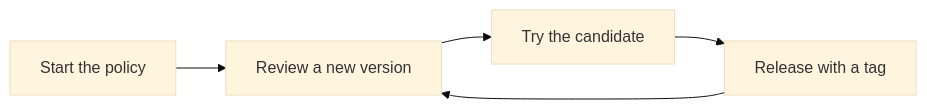
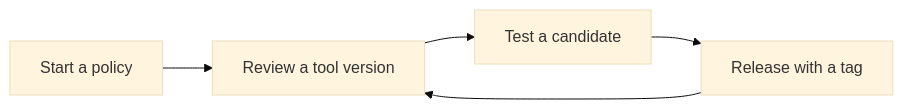
The diagram in docs/author-a-policy.md (karstenevers/gateseal), drawn with Mermaid (base theme) before and after one commit. The commit also changed other lines of this file and 49 other files, not shown here.

````diff
--- a/docs/author-a-policy.md
+++ b/docs/author-a-policy.md
@@ -12,9 +5,9 @@
 ```mermaid
 flowchart LR
     accTitle: The life of a team policy
-    accDescr: Start the policy once. Then review a new version, try the candidate, and release it with a tag. Repeat for each new version.
-    start[Start the policy] --> review[Review a new version]
-    review --> try[Try the candidate]
+    accDescr: Start the policy once. Then review a new version, test a candidate, and release it with a tag. Repeat for each new version.
+    start[Start a policy] --> review[Review a tool version]
+    review --> try[Test a candidate]
     try --> release[Release with a tag]
     release --> review
 ```
````
